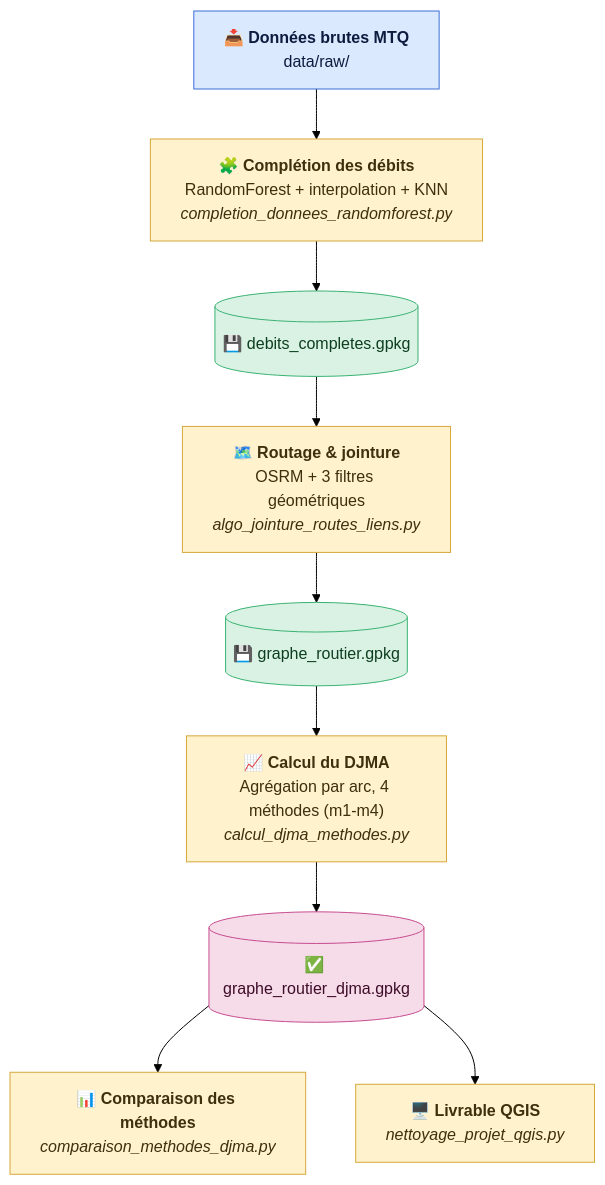
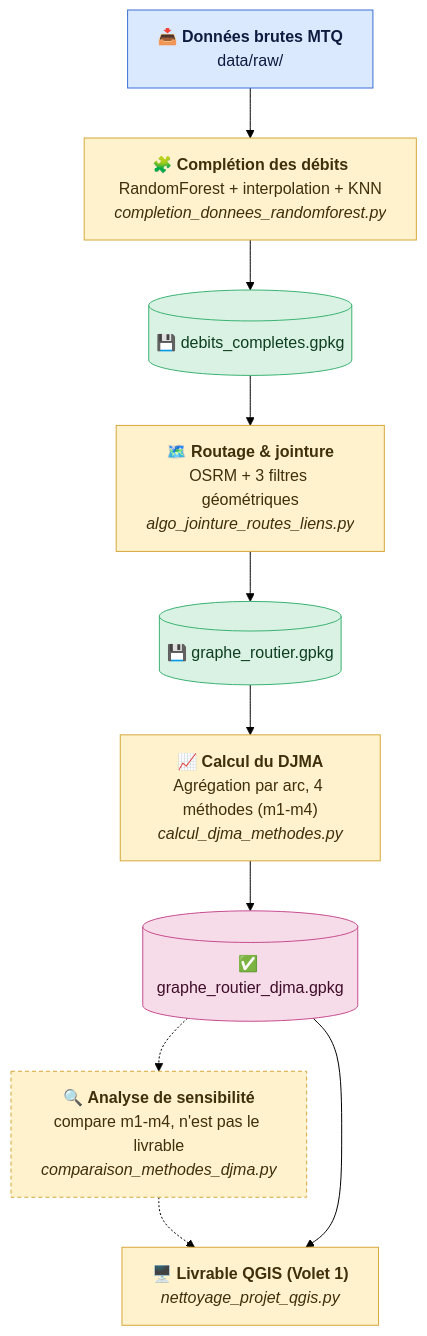
The diagram in README.md (akrambouznad789-cyber/projet-resilience-cirano), drawn with Mermaid (forest theme) before and after one commit. The commit also changed other lines of this file and 15 other files, not shown here.

First line of the commit message:
doc: clarifie Volet 1/2 et échecs↔complétion, découpe le README en pages, uniformise le style des figures

````diff
--- a/README.md
+++ b/README.md
@@ -7,26 +17,29 @@
 ```mermaid
 flowchart TD
     A["📥 <b>Données brutes MTQ</b><br/>data/raw/"]
     B["🧩 <b>Complétion des débits</b><br/>RandomForest + interpolation + KNN<br/><i>completion_donnees_randomforest.py</i>"]
     C[("💾 debits_completes.gpkg")]
     D["🗺️ <b>Routage &amp; jointure</b><br/>OSRM + 3 filtres géométriques<br/><i>algo_jointure_routes_liens.py</i>"]
     E[("💾 graphe_routier.gpkg")]
     F["📈 <b>Calcul du DJMA</b><br/>Agrégation par arc, 4 méthodes (m1-m4)<br/><i>calcul_djma_methodes.py</i>"]
     G[("✅ graphe_routier_djma.gpkg")]
-    H["📊 <b>Comparaison des méthodes</b><br/><i>comparaison_methodes_djma.py</i>"]
-    I["🖥️ <b>Livrable QGIS</b><br/><i>nettoyage_projet_qgis.py</i>"]
+    H["🔍 <b>Analyse de sensibilité</b><br/>compare m1-m4, n'est pas le livrable<br/><i>comparaison_methodes_djma.py</i>"]
+    I["🖥️ <b>Livrable QGIS (Volet 1)</b><br/><i>nettoyage_projet_qgis.py</i>"]
 
     A --> B --> C --> D --> E --> F --> G
-    G --> H
+    G -.-> H
+    H -.-> I
     G --> I
 
     classDef inputStyle fill:#dbe9ff,stroke:#3b6fd6,stroke-width:1px,color:#0d1b3e
     classDef scriptStyle fill:#fff2cc,stroke:#d6a83b,stroke-width:1px,color:#3e2f0d
     classDef dataStyle fill:#d9f2e3,stroke:#3bb273,stroke-width:1px,color:#0d3e1f
     classDef outputStyle fill:#f6dbe9,stroke:#c74c8f,stroke-width:1px,color:#3e0d29
+    classDef qaStyle fill:#fff2cc,stroke:#d6a83b,stroke-width:1px,color:#3e2f0d,stroke-dasharray: 4 3
 
     class A inputStyle
-    class B,D,F,H,I scriptStyle
+    class B,D,F,I scriptStyle
+    class H qaStyle
     class C,E dataStyle
     class G outputStyle
 ```
````
